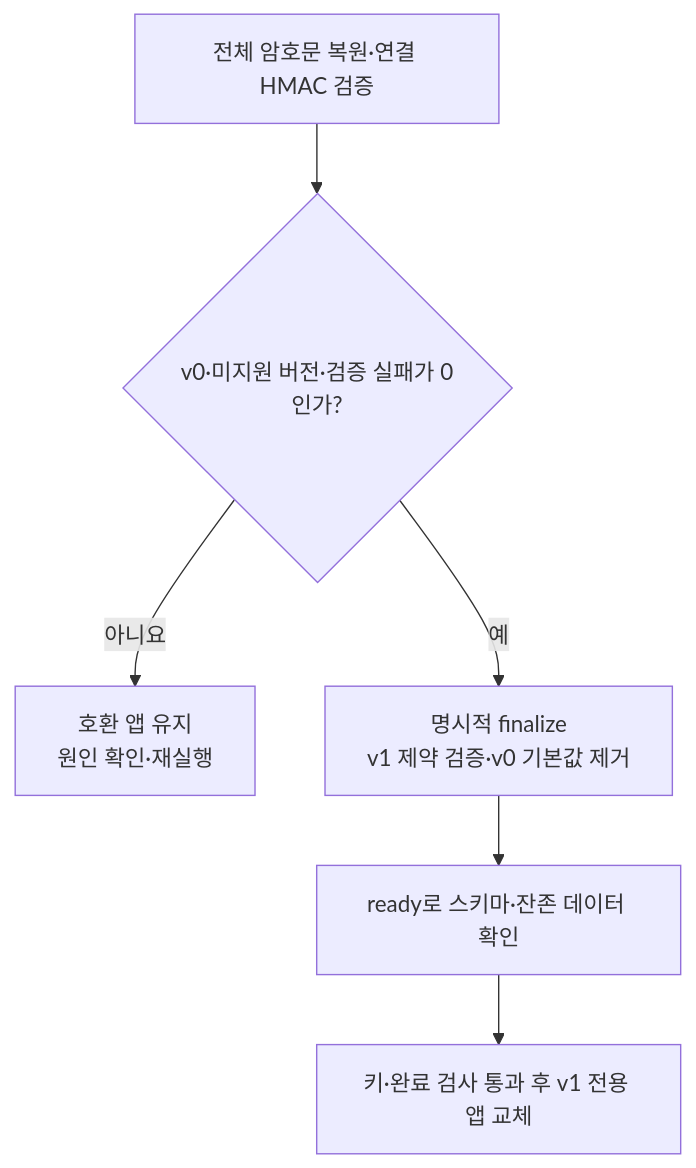
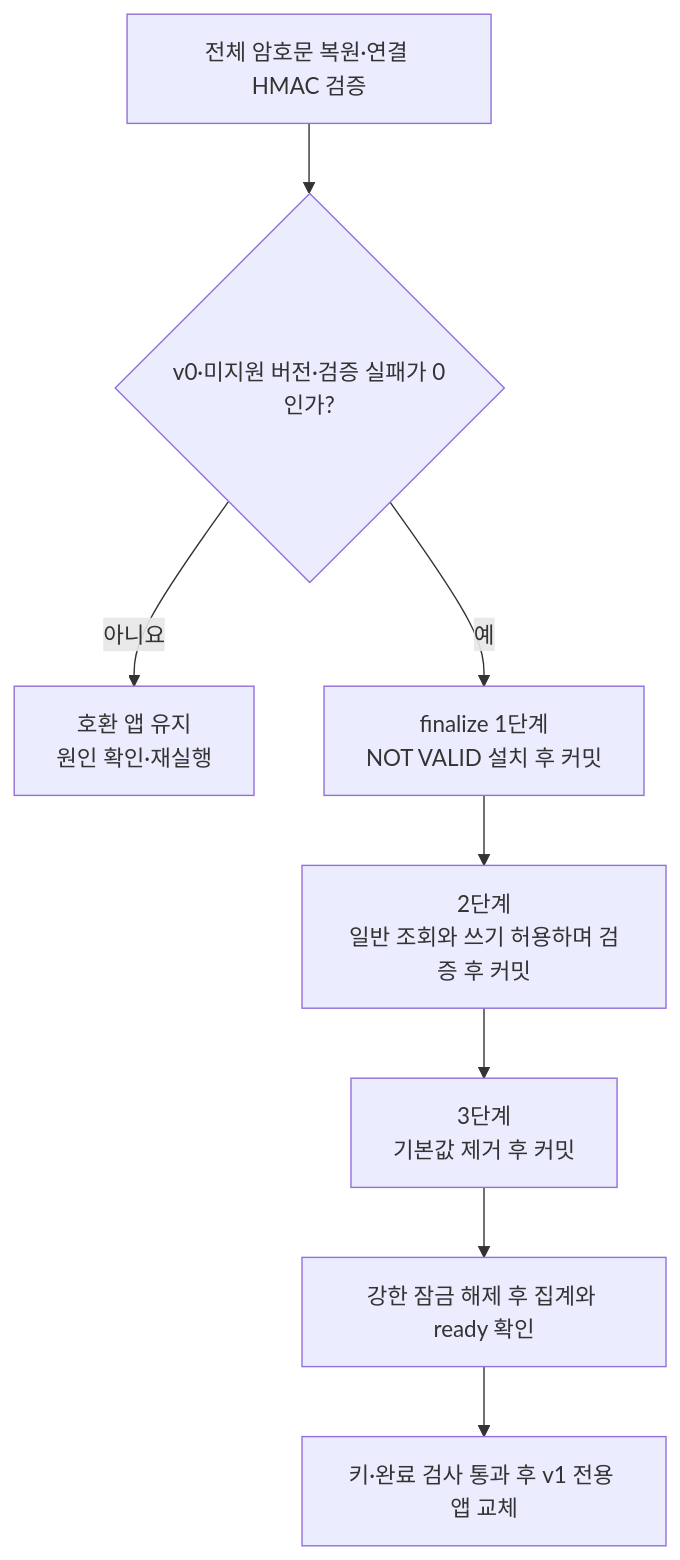
The sixth of 7 diagrams in backend/docs/diary-source-text-migration-scenarios.md (woowacourse-teams/2026-Harudle), drawn with Mermaid before and after one commit. The commit also changed other lines of this file and 11 other files, not shown here.

````diff
--- a/backend/docs/diary-source-text-migration-scenarios.md
+++ b/backend/docs/diary-source-text-migration-scenarios.md
@@ -164,8 +165,10 @@
 ```mermaid
 flowchart TD
     verify["전체 암호문 복원·연결 HMAC 검증"] --> complete{"v0·미지원 버전·검증 실패가 0인가?"}
     complete -->|아니요| remain["호환 앱 유지<br/>원인 확인·재실행"]
-    complete -->|예| finalize["명시적 finalize<br/>v1 제약 검증·v0 기본값 제거"]
-    finalize --> ready["ready로 스키마·잔존 데이터 확인"]
+    complete -->|예| install["finalize 1단계<br/>NOT VALID 설치 후 커밋"]
+    install --> validate["2단계<br/>일반 조회와 쓰기 허용하며 검증 후 커밋"]
+    validate --> remove["3단계<br/>기본값 제거 후 커밋"]
+    remove --> ready["강한 잠금 해제 후 집계와 ready 확인"]
     ready --> app["키·완료 검사 통과 후 v1 전용 앱 교체"]
 ```
````
